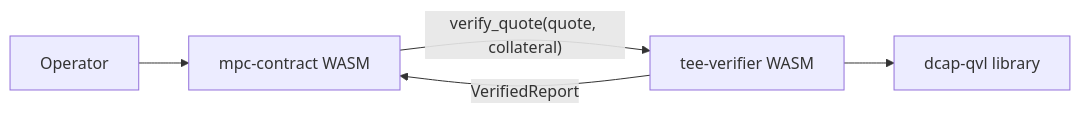
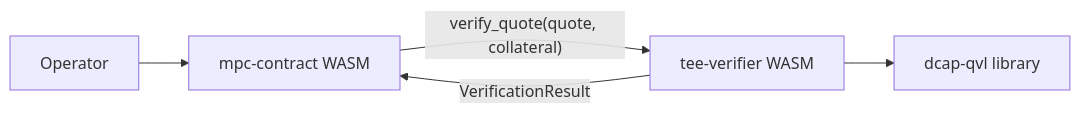
Before and after one commit to near/mpc: the second of 6 diagrams in docs/design/attestation-verifier-contract.md, drawn with Mermaid. The commit also changed other lines of this file and 1 other file, not shown here.

First line of the commit message:
feat(tee-verifier-interface): add VerifierError and VerificationResult

````diff
--- a/docs/design/attestation-verifier-contract.md
+++ b/docs/design/attestation-verifier-contract.md
@@ -52,7 +52,7 @@
 ```mermaid
 flowchart LR
     Op[Operator] --> MPC[mpc-contract WASM]
     MPC -- "verify_quote(quote, collateral)" --> VER[tee-verifier WASM]
-    VER -- "VerifiedReport" --> MPC
+    VER -- "VerificationResult" --> MPC
     VER --> DCAP[dcap-qvl library]
 ```
````
